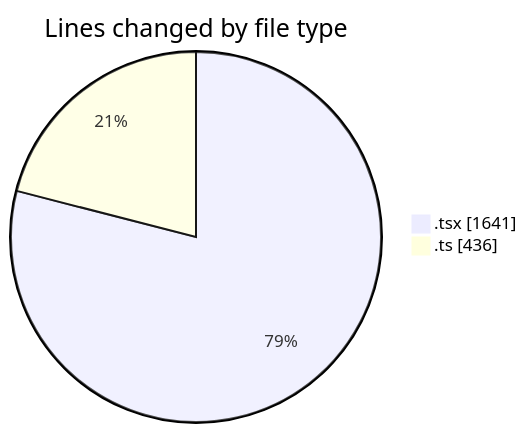
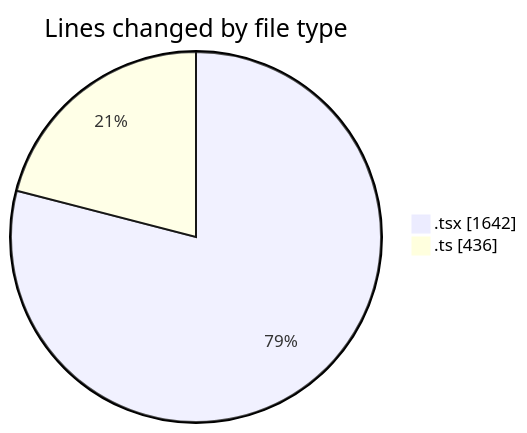
Before and after one commit to momahboobian/code-tracking: the first of 2 diagrams in 2025-09-24/cda/README.md, drawn with Mermaid. The commit also changed other lines of this file and 1 other file, not shown here.

````diff
--- a/2025-09-24/cda/README.md
+++ b/2025-09-24/cda/README.md
@@ -28,6 +28,6 @@
 ```mermaid
 pie showData
 title Lines changed by file type
-".tsx" : 1641
+".tsx" : 1642
 ".ts" : 436
 ```
````
